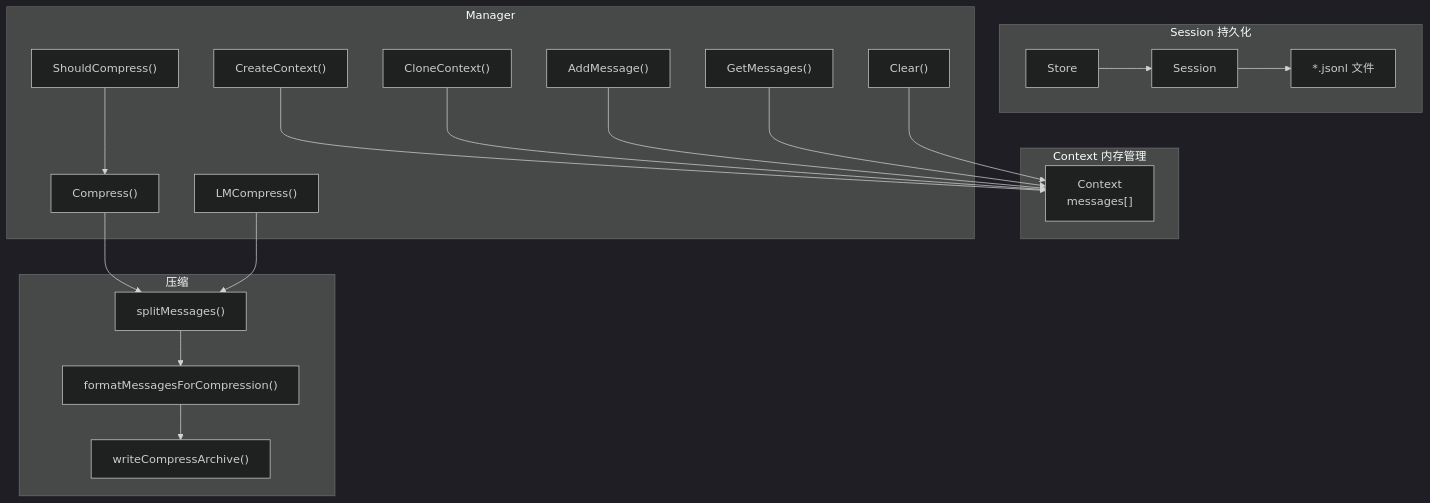
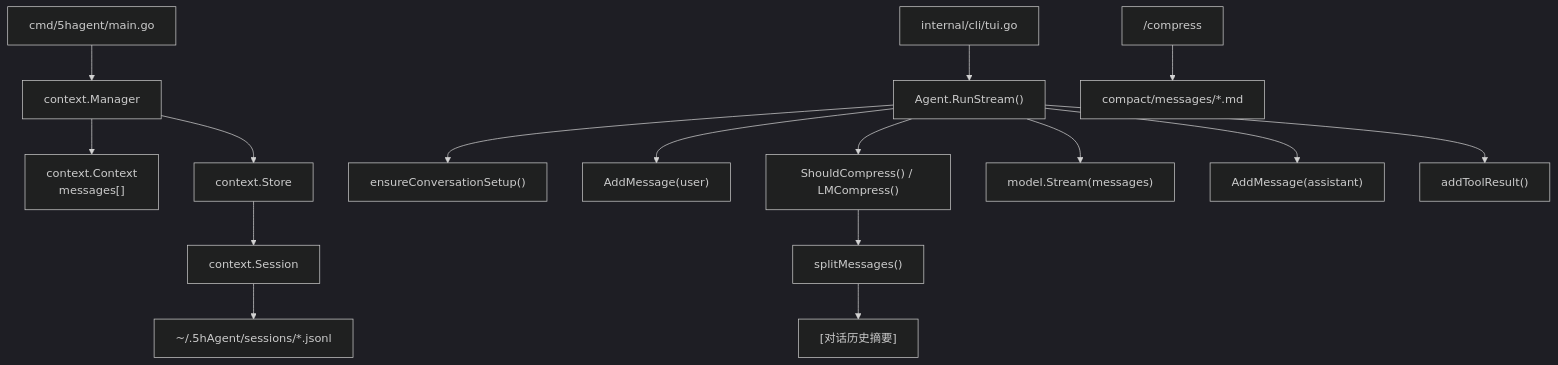
One commit to Ozqi/5hAgent changed the diagram in doc/context.md. Above: the diagram before and after it, drawn with Mermaid (dark theme). The commit also changed other lines of this file and 20 other files, not shown here.

````diff
--- a/doc/context.md
+++ b/doc/context.md
@@ -5,42 +5,20 @@
 ```mermaid
 flowchart TB
-    subgraph Session["Session 持久化"]
-        store["Store"]
-        session["Session"]
-        jsonl["*.jsonl 文件"]
-    end
+    main["cmd/5hagent/main.go"] --> manager["context.Manager"]
+    manager --> ctx["context.Context<br/>messages[]"]
+    manager --> store["context.Store"]
+    store --> session["context.Session"]
+    session --> jsonl["~/.5hAgent/sessions/*.jsonl"]
 
-    subgraph Context["Context 内存管理"]
-        ctx["Context<br/>messages[]"]
-    end
+    tui["internal/cli/tui.go"] --> run["Agent.RunStream()"]
+    run --> setup["ensureConversationSetup()"]
+    run --> addUser["AddMessage(user)"]
+    run --> compress["ShouldCompress() / LMCompress()"]
+    run --> model["model.Stream(messages)"]
+    run --> addAssistant["AddMessage(assistant)"]
+    run --> addTool["addToolResult()"]
 
-    subgraph Manager["Manager"]
-        create["CreateContext()"]
-        clone["CloneContext()"]
-        add["AddMessage()"]
-        get["GetMessages()"]
-        clear["Clear()"]
-        should["ShouldCompress()"]
-        compress["Compress()"]
-        lmcompress["LMCompress()"]
-    end
-
-    subgraph Compression["压缩"]
-        split["splitMessages()"]
-        format["formatMessagesForCompression()"]
-        archive["writeCompressArchive()"]
-    end
-
-    store --> session
-    session --> jsonl
-    create --> ctx
-    clone --> ctx
-    add --> ctx
-    get --> ctx
-    clear --> ctx
-    should --> compress
-    compress --> split
-    lmcompress --> split
-    split --> format
-    format --> archive
+    compress --> split["splitMessages()"]
+    split --> summary["[对话历史摘要]"]
+    manual["/compress"] --> archive["compact/messages/*.md"]
 ```
````
